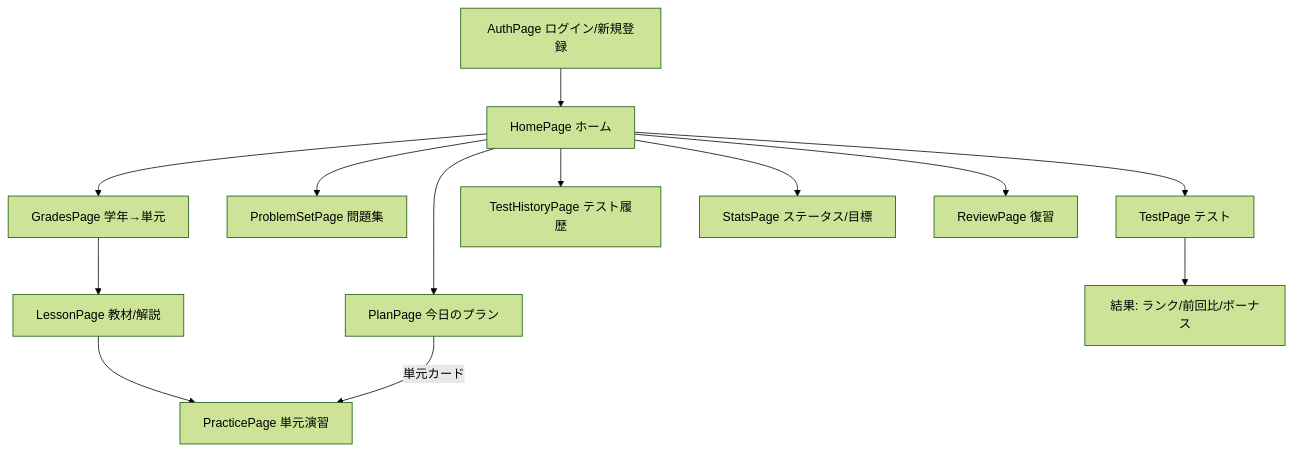
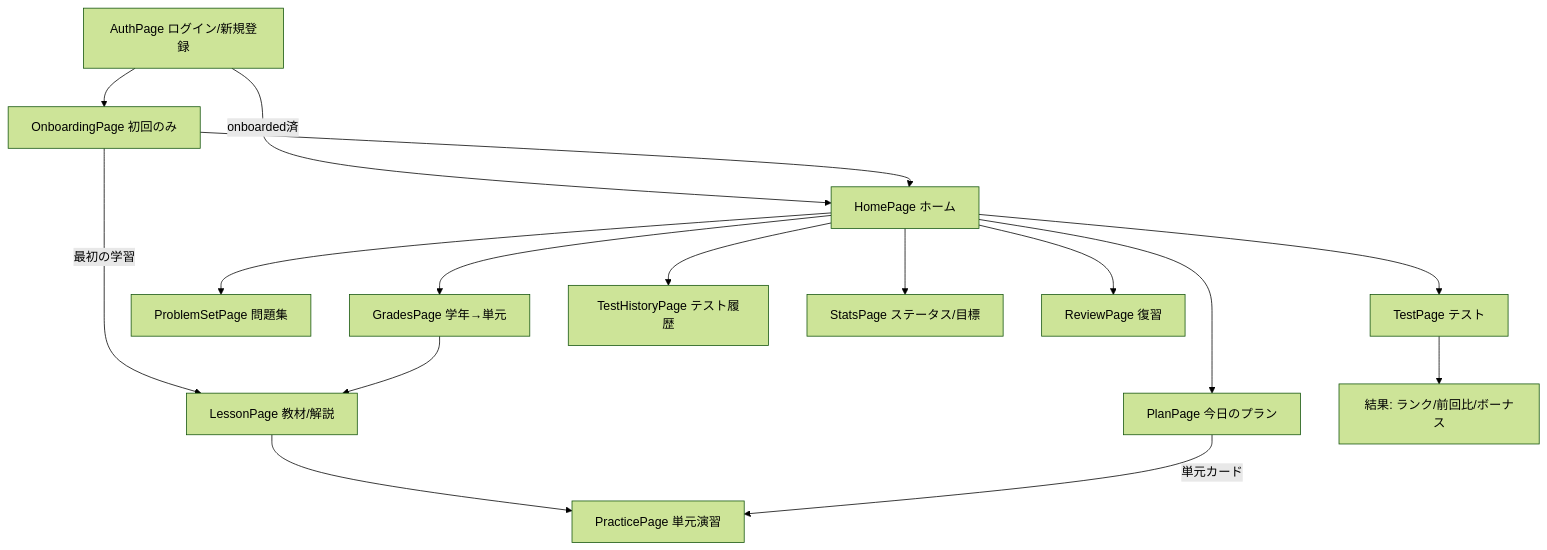
The second of 2 diagrams in DESIGN.md (ryohmichi-rgb/Test2), drawn with Mermaid (forest theme) before and after one commit. The commit also changed other lines of this file and 13 other files, not shown here.

````diff
--- a/DESIGN.md
+++ b/DESIGN.md
@@ -272,15 +281,18 @@
 ```mermaid
 flowchart TD
-    Auth["AuthPage ログイン/新規登録"] --> Home["HomePage ホーム"]
+    Auth["AuthPage ログイン/新規登録"] --> Onb["OnboardingPage 初回のみ"]
+    Auth -->|onboarded済| Home["HomePage ホーム"]
+    Onb --> Home
+    Onb -->|最初の学習| Lesson
     Home --> Plan["PlanPage 今日のプラン"]
     Home --> Grades["GradesPage 学年→単元"]
     Grades --> Lesson["LessonPage 教材/解説"]
     Lesson --> Practice["PracticePage 単元演習"]
     Home --> PSet["ProblemSetPage 問題集"]
     Home --> Test["TestPage テスト"]
     Test --> TestResult["結果: ランク/前回比/ボーナス"]
     Home --> History["TestHistoryPage テスト履歴"]
     Home --> Stats["StatsPage ステータス/目標"]
     Home --> Review["ReviewPage 復習"]
     Plan -->|単元カード| Practice
 ```
````
